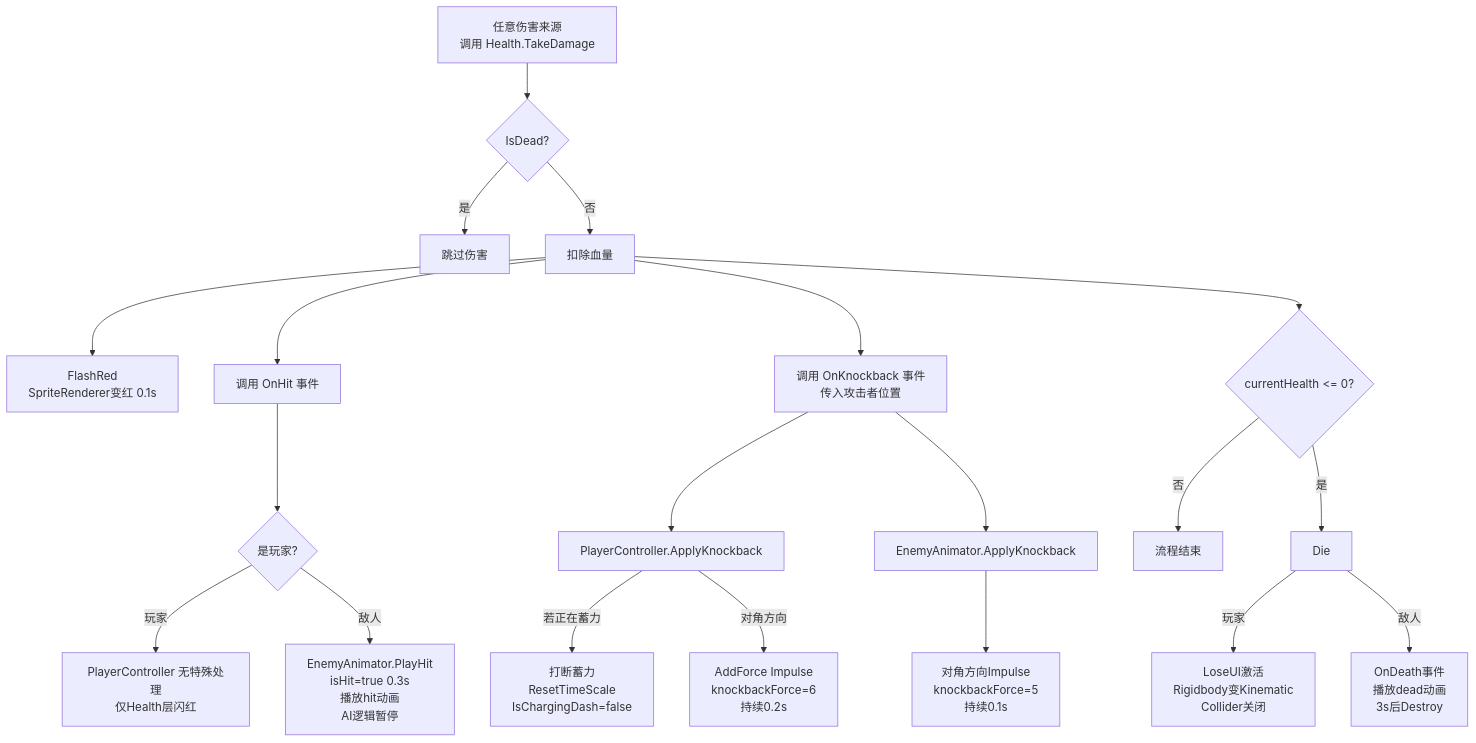
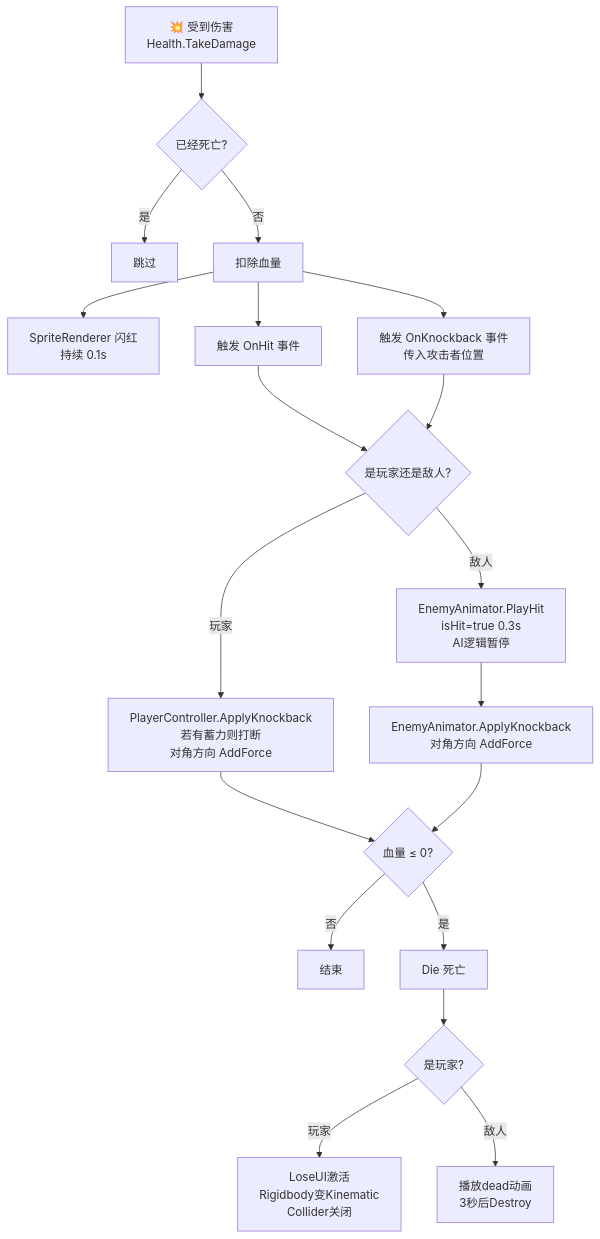
One commit to ZIDONGCHEN-1/PixelMage changed the fourth of 5 diagrams in 行为逻辑流程图.md. Above: the diagram before and after it, drawn with Mermaid. The commit also changed other lines of this file, not shown here.

First line of the commit message:
重构行为逻辑流程图为纵向框框风格

````diff
--- a/行为逻辑流程图.md
+++ b/行为逻辑流程图.md
@@ -125,27 +169,39 @@
 ```mermaid
 flowchart TD
-    DMG[任意伤害来源<br/>调用 Health.TakeDamage] --> CheckDead{IsDead?}
-    CheckDead -->|是| SkipDMG[跳过伤害]
+    A["💥 受到伤害<br/>Health.TakeDamage"]
+    B{"已经死亡?"}
+    C["跳过"]
+    D["扣除血量"]
+    E["SpriteRenderer 闪红<br/>持续 0.1s"]
+    F["触发 OnHit 事件"]
+    G["触发 OnKnockback 事件<br/>传入攻击者位置"]
+    H{"是玩家还是敌人?"}
+    I["EnemyAnimator.PlayHit<br/>isHit=true 0.3s<br/>AI逻辑暂停"]
+    J["PlayerController.ApplyKnockback<br/>若有蓄力则打断<br/>对角方向 AddForce"]
+    K["EnemyAnimator.ApplyKnockback<br/>对角方向 AddForce"]
+    L{"血量 &le; 0?"}
+    M["结束"]
+    N["Die 死亡"]
+    O{"是玩家?"}
+    P["LoseUI激活<br/>Rigidbody变Kinematic<br/>Collider关闭"]
+    Q["播放dead动画<br/>3秒后Destroy"]
 
-    CheckDead -->|否| SubHP[扣除血量]
-    SubHP --> Flash[FlashRed<br/>SpriteRenderer变红 0.1s]
-    SubHP --> InvokeHit[调用 OnHit 事件]
-    SubHP --> InvokeKB[调用 OnKnockback 事件<br/>传入攻击者位置]
-
-    InvokeHit --> PlayerHit{是玩家?}
-    PlayerHit -->|玩家| PlayerHitAnim[PlayerController 无特殊处理<br/>仅Health层闪红]
-    PlayerHit -->|敌人| EnemyHitAnim[EnemyAnimator.PlayHit<br/>isHit=true 0.3s<br/>播放hit动画<br/>AI逻辑暂停]
-
-    InvokeKB --> PlayerKB[PlayerController.ApplyKnockback]
-    PlayerKB -->|若正在蓄力| CancelCharge[打断蓄力<br/>ResetTimeScale<br/>IsChargingDash=false]
-    PlayerKB -->|对角方向| PlayerImpulse[AddForce Impulse<br/>knockbackForce=6<br/>持续0.2s]
-
-    InvokeKB --> EnemyKB[EnemyAnimator.ApplyKnockback]
-    EnemyKB --> EnemyImpulse[对角方向Impulse<br/>knockbackForce=5<br/>持续0.1s]
-
-    SubHP --> CheckZero{currentHealth <= 0?}
-    CheckZero -->|否| Done[流程结束]
-    CheckZero -->|是| Die[Die]
-    Die -->|玩家| PlayerDie[LoseUI激活<br/>Rigidbody变Kinematic<br/>Collider关闭]
-    Die -->|敌人| EnemyDie[OnDeath事件<br/>播放dead动画<br/>3s后Destroy]
+    A --> B
+    B -->|是| C
+    B -->|否| D
+    D --> E
+    D --> F
+    D --> G
+    F --> H
+    G --> H
+    H -->|玩家| J
+    H -->|敌人| I
+    I --> K
+    J --> L
+    K --> L
+    L -->|否| M
+    L -->|是| N
+    N --> O
+    O -->|玩家| P
+    O -->|敌人| Q
 ```
````
